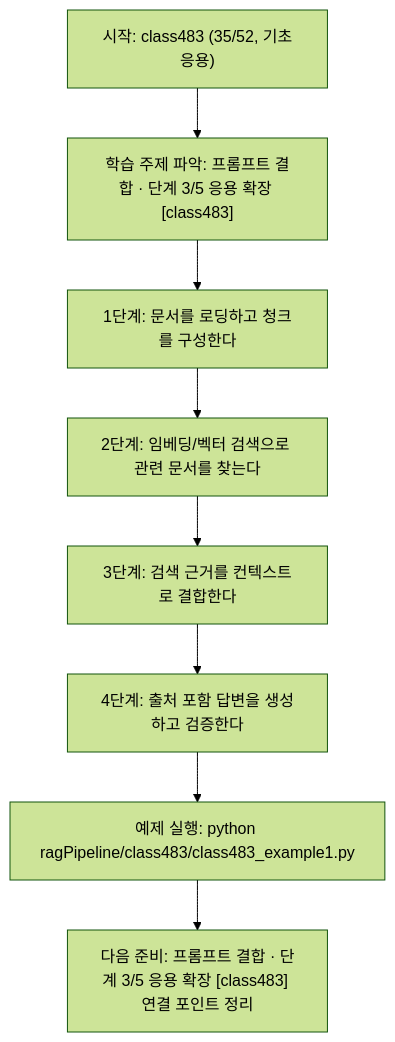
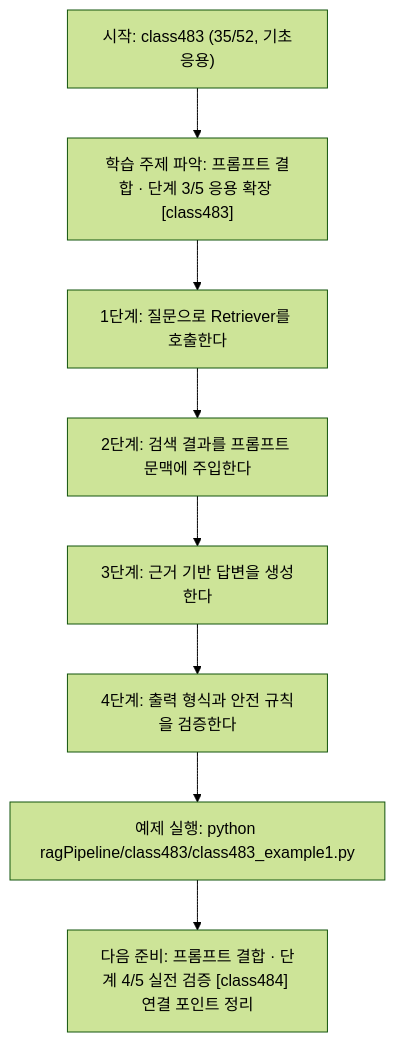
The diagram in ragPipeline/class483/class483.md (edumgt/Python-AI_Agent-Class), drawn with Mermaid (forest theme) before and after one commit. The commit also changed other lines of this file and 367 other files, not shown here.

````diff
--- a/ragPipeline/class483/class483.md
+++ b/ragPipeline/class483/class483.md
@@ -110,18 +92,18 @@
 ```mermaid
 flowchart TD
 N1["시작: class483 (35/52, 기초응용)"]
 N2["학습 주제 파악: 프롬프트 결합 · 단계 3/5 응용 확장 [class483]"]
-N3["1단계: 문서를 로딩하고 청크를 구성한다"]
-N4["2단계: 임베딩/벡터 검색으로 관련 문서를 찾는다"]
-N5["3단계: 검색 근거를 컨텍스트로 결합한다"]
-N6["4단계: 출처 포함 답변을 생성하고 검증한다"]
+N3["1단계: 질문으로 Retriever를 호출한다"]
+N4["2단계: 검색 결과를 프롬프트 문맥에 주입한다"]
+N5["3단계: 근거 기반 답변을 생성한다"]
+N6["4단계: 출력 형식과 안전 규칙을 검증한다"]
 N7["예제 실행: python ragPipeline/class483/class483_example1.py"]
-N8["다음 준비: 프롬프트 결합 · 단계 3/5 응용 확장 [class483] 연결 포인트 정리"]
+N8["다음 준비: 프롬프트 결합 · 단계 4/5 실전 검증 [class484] 연결 포인트 정리"]
 N1 --> N2
 N2 --> N3
 N3 --> N4
 N4 --> N5
 N5 --> N6
 N6 --> N7
 N7 --> N8
 ```
````
